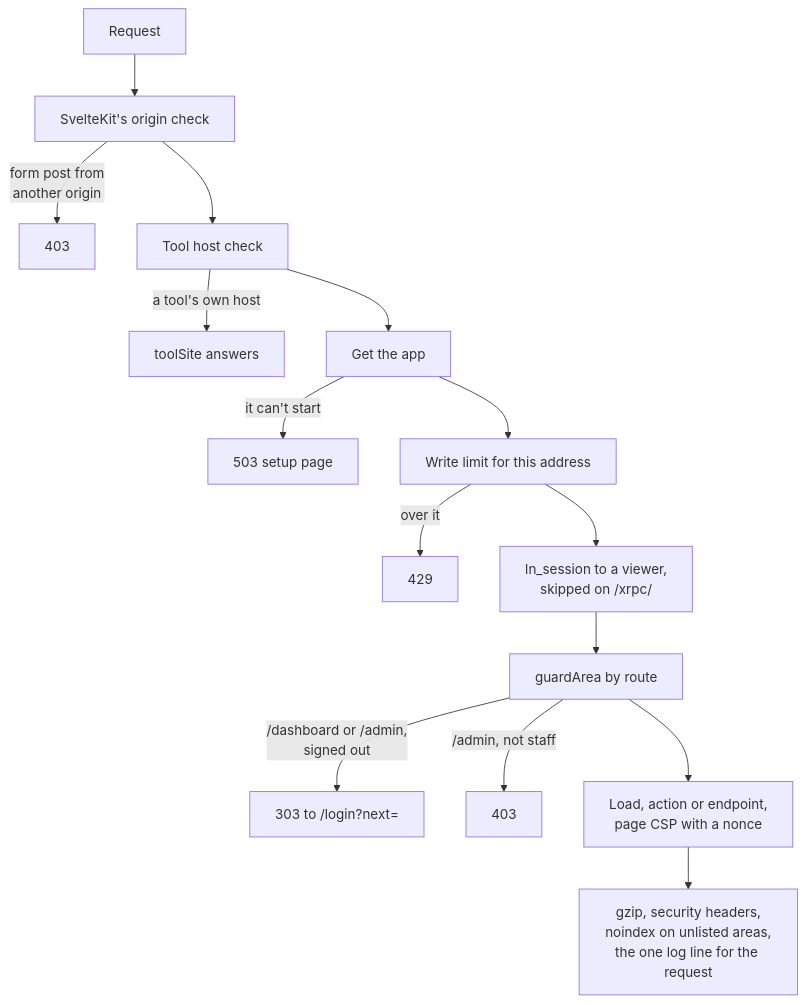
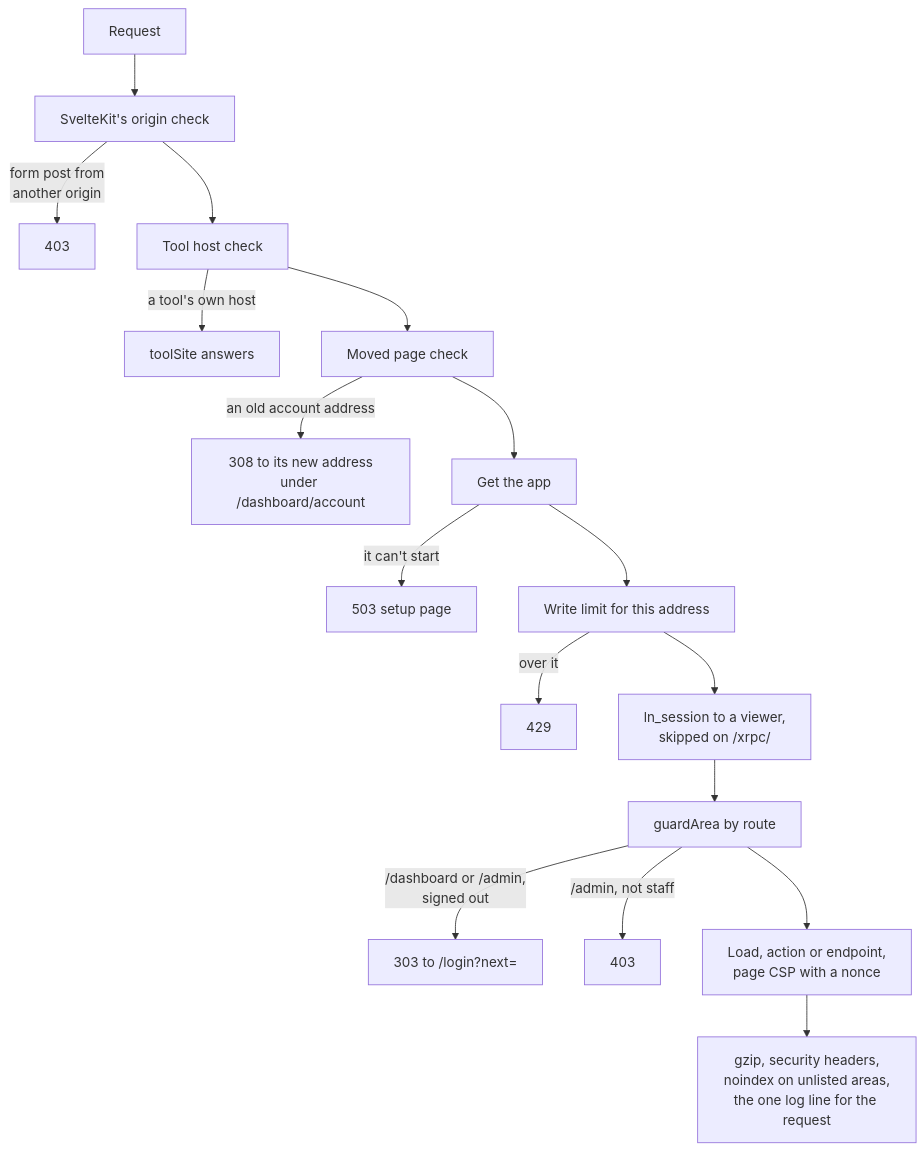
The first of 11 diagrams in apps/web/docs/diagrams/requests-and-routes.md (cutenode/localnetwork), drawn with Mermaid before and after one commit. The commit also changed other lines of this file, not shown here.

First line of the commit message:
docs(web): draw the moved account pages in the route diagrams

````diff
--- a/apps/web/docs/diagrams/requests-and-routes.md
+++ b/apps/web/docs/diagrams/requests-and-routes.md
@@ -21,17 +21,19 @@
 ```mermaid
 flowchart TD
   In["Request"] --> Csrf["SvelteKit's origin check"]
   Csrf -- "form post from<br/>another origin" --> Blocked["403"]
   Csrf --> Tool["Tool host check"]
   Tool -- "a tool's own host" --> ToolSite["toolSite answers"]
-  Tool --> Load["Get the app"]
+  Tool --> Moved["Moved page check"]
+  Moved -- "an old account address" --> Redirect["308 to its new address<br/>under /dashboard/account"]
+  Moved --> Load["Get the app"]
   Load -- "it can't start" --> Setup["503 setup page"]
   Load --> Limit["Write limit for this address"]
   Limit -- "over it" --> Slow["429"]
   Limit --> Session["ln_session to a viewer,<br/>skipped on /xrpc/"]
   Session --> Guard["guardArea by route"]
   Guard -- "/dashboard or /admin,<br/>signed out" --> Login["303 to /login?next="]
   Guard -- "/admin, not staff" --> Refused["403"]
   Guard --> Route["Load, action or endpoint,<br/>page CSP with a nonce"]
   Route --> Out["gzip, security headers,<br/>noindex on unlisted areas,<br/>the one log line for the request"]
 ```
````
